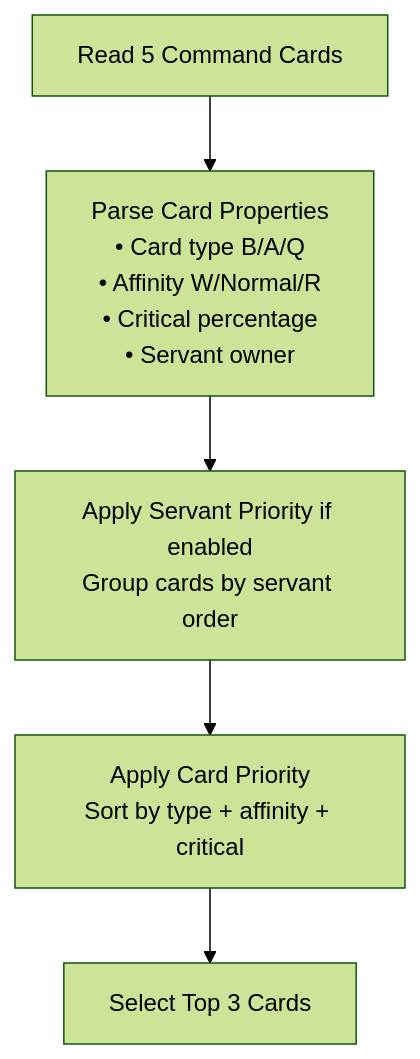
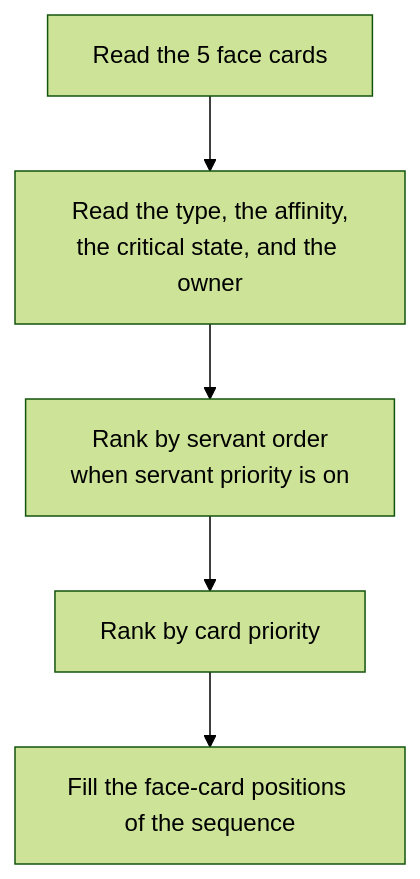
One commit to ArthurKun21/FGA-Preview-Build changed the diagram in docs/in-battle/card-selection/face-card-priority.md. Above: the diagram before and after it, drawn with Mermaid (forest theme). The commit also changed other lines of this file and 23 other files, not shown here.

````diff
--- a/docs/in-battle/card-selection/face-card-priority.md
+++ b/docs/in-battle/card-selection/face-card-priority.md
@@ -29,7 +33,7 @@
 ```mermaid
 flowchart TD
-    A[Read 5 Command Cards] --> B[Parse Card Properties<br/>• Card type B/A/Q<br/>• Affinity W/Normal/R<br/>• Critical percentage<br/>• Servant owner]
-    B --> C[Apply Servant Priority if enabled<br/>Group cards by servant order]
-    C --> D[Apply Card Priority<br/>Sort by type + affinity + critical]
-    D --> E[Select Top 3 Cards]
+    A[Read the 5 face cards] --> B[Read the type, the affinity,<br/>the critical state, and the owner]
+    B --> C[Rank by servant order<br/>when servant priority is on]
+    C --> D[Rank by card priority]
+    D --> E[Fill the face-card positions of the sequence]
 ```
````
